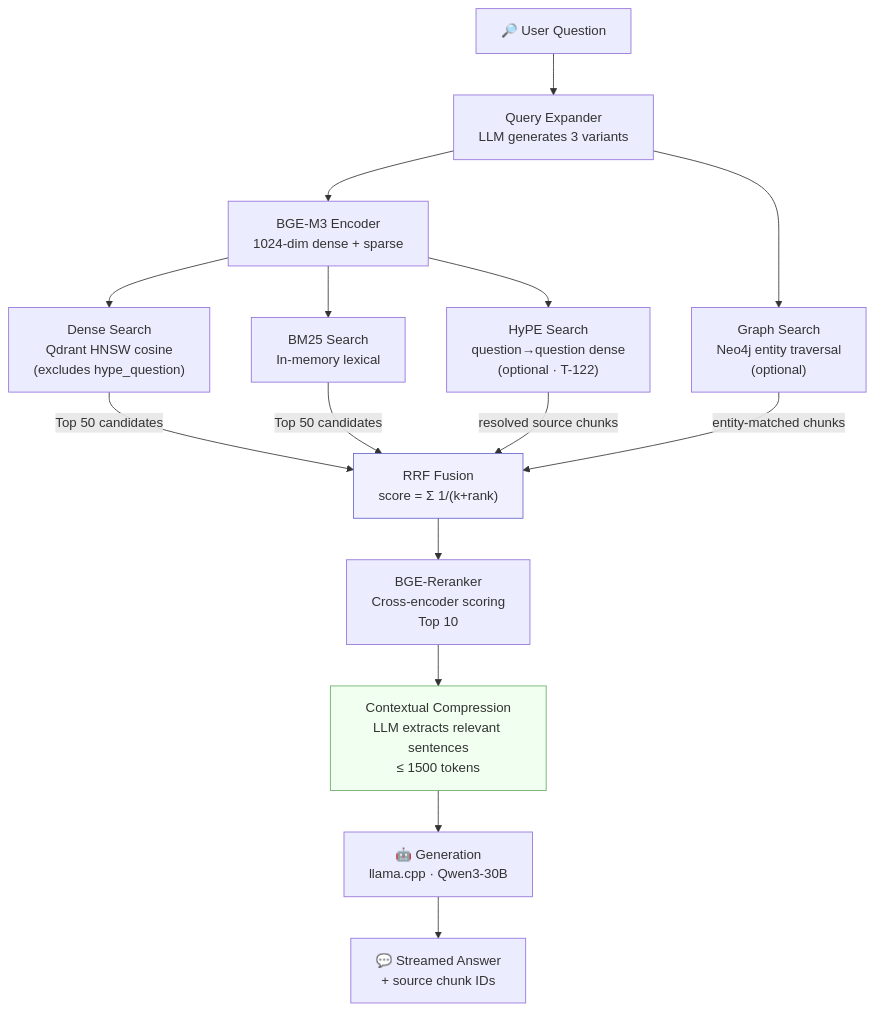
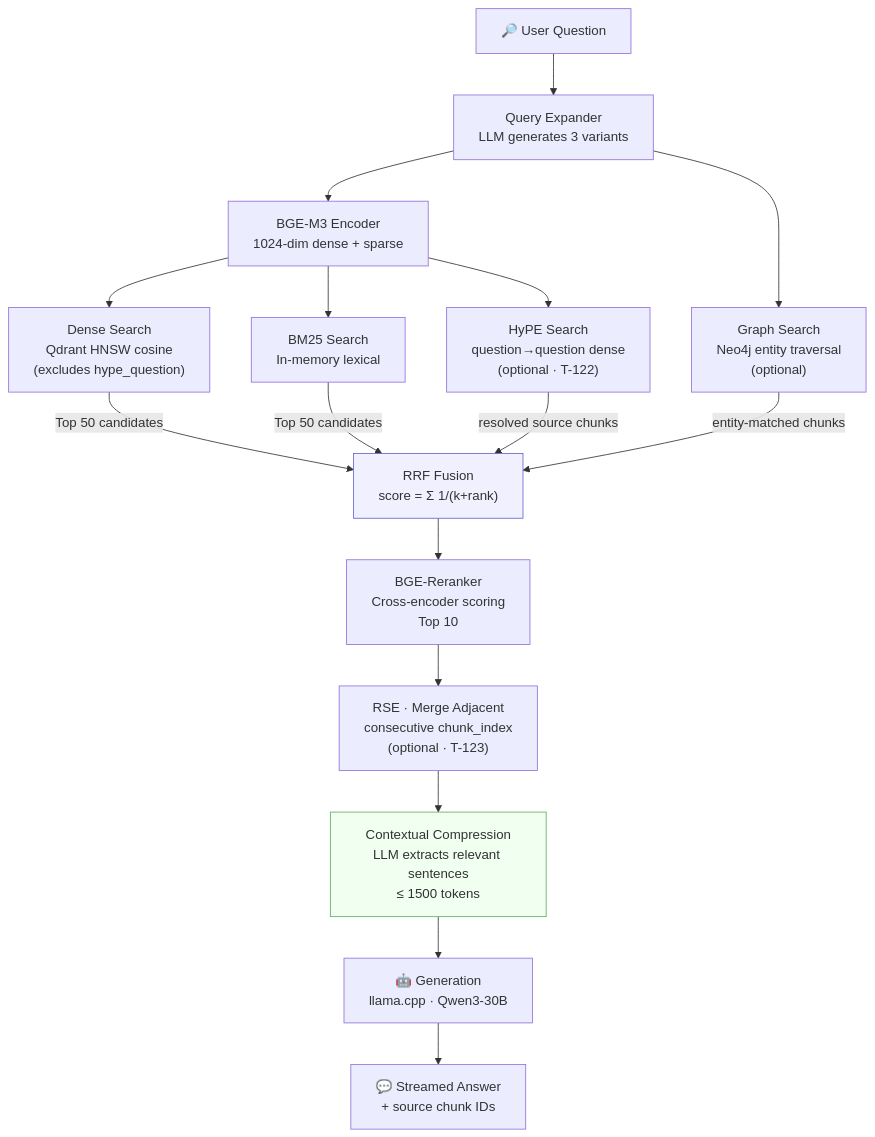
The seventh of 10 diagrams in README.md (ealbertoav/rag_platform), drawn with Mermaid before and after one commit. The commit also changed other lines of this file and 9 other files, not shown here.

First line of the commit message:
feat: add Relevant Segment Extraction (RSE) to retrieval pipeline

````diff
--- a/README.md
+++ b/README.md
@@ -1156,23 +1160,24 @@
 ```mermaid
 flowchart TD
     Q["🔎 User Question"] --> QE["Query Expander<br/>LLM generates 3 variants"]
     QE --> EMB["BGE-M3 Encoder<br/>1024-dim dense + sparse"]
 
     EMB --> DS["Dense Search<br/>Qdrant HNSW cosine<br/>(excludes hype_question)"]
     EMB --> BS["BM25 Search<br/>In-memory lexical"]
     EMB --> HS["HyPE Search<br/>question→question dense<br/>(optional · T-122)"]
     QE --> GS["Graph Search<br/>Neo4j entity traversal<br/>(optional)"]
 
     DS -->|Top 50 candidates| RRF["RRF Fusion<br/>score = Σ 1/(k+rank)"]
     BS -->|Top 50 candidates| RRF
     HS -->|resolved source chunks| RRF
     GS -->|entity-matched chunks| RRF
 
     RRF --> RR["BGE-Reranker<br/>Cross-encoder scoring<br/>Top 10"]
-    RR --> CTX["Contextual Compression<br/>LLM extracts relevant sentences<br/>≤ 1500 tokens"]
+    RR --> RSE["RSE · Merge Adjacent<br/>consecutive chunk_index<br/>(optional · T-123)"]
+    RSE --> CTX["Contextual Compression<br/>LLM extracts relevant sentences<br/>≤ 1500 tokens"]
     CTX --> GEN["🤖 Generation<br/>llama.cpp · Qwen3-30B"]
     GEN --> ANS["💬 Streamed Answer<br/>+ source chunk IDs"]
 
     style RRF fill:#f0f0ff,stroke:#6666cc
     style CTX fill:#f0fff0,stroke:#66aa66
 ```
````
